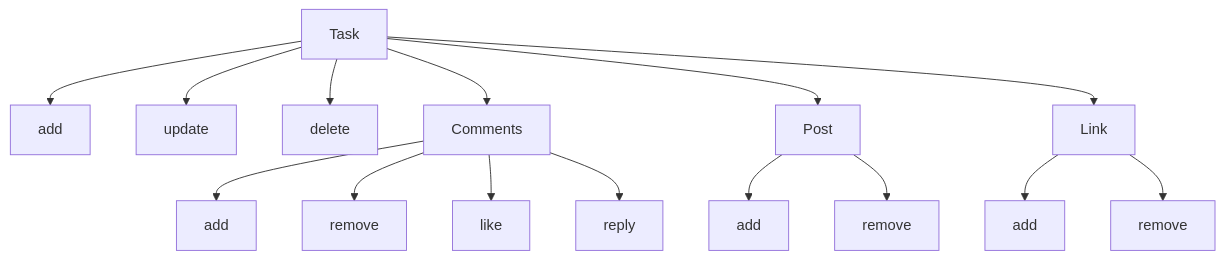
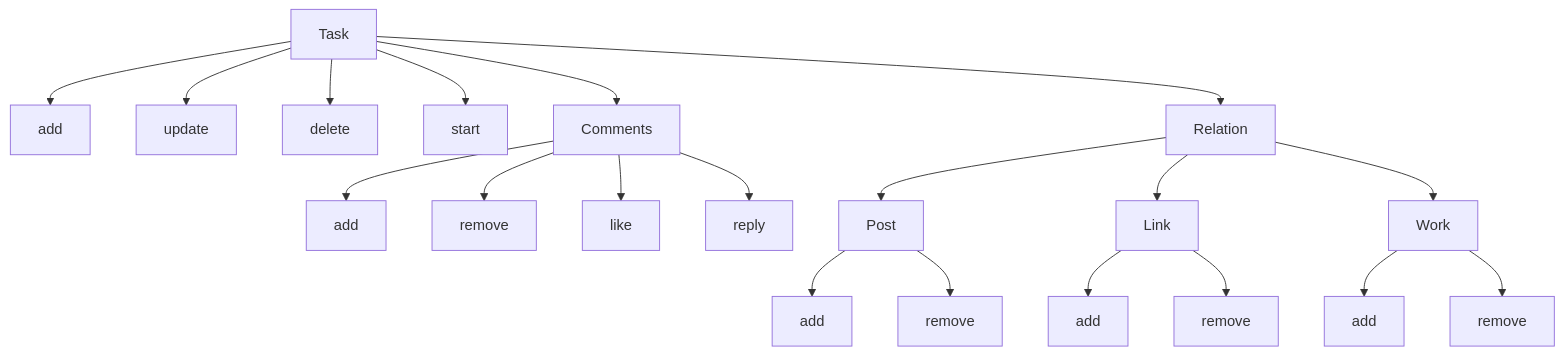
The second of 2 diagrams in README.md (DviDev/task-module), drawn with Mermaid before and after one commit.

Commit message:
readme actions updated

````diff
--- a/README.md
+++ b/README.md
@@ -15,18 +15,23 @@
 ```mermaid
 graph TD;
     Task-->add;
     Task-->update;
     Task-->delete;
+    Task-->start;
     Task-->Comments;
     Comments-->AddComments[add];
     Comments-->RemoveComments[remove];
     Comments-->LikeComments[like];
     Comments-->ReplyComments[reply];
-    Task-->Post;
+    Task-->Relation;
+    Relation-->Post;
     Post-->AddPost[add];
     Post-->RemovePosts[remove];
-    Task-->Link;
+    Relation-->Link;
     Link-->AddLinks[add];
     Link-->RemoveLinks[remove];
+    Relation-->Work;
+    Work-->TaskAdd[add];
+    Work-->TaskRemove[remove];
     
 ```
````
